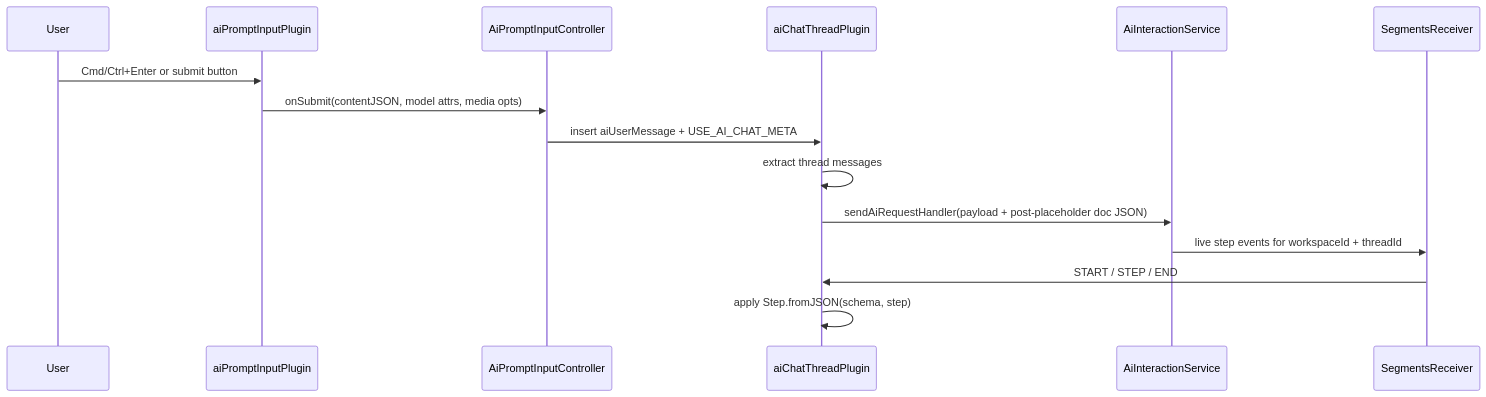
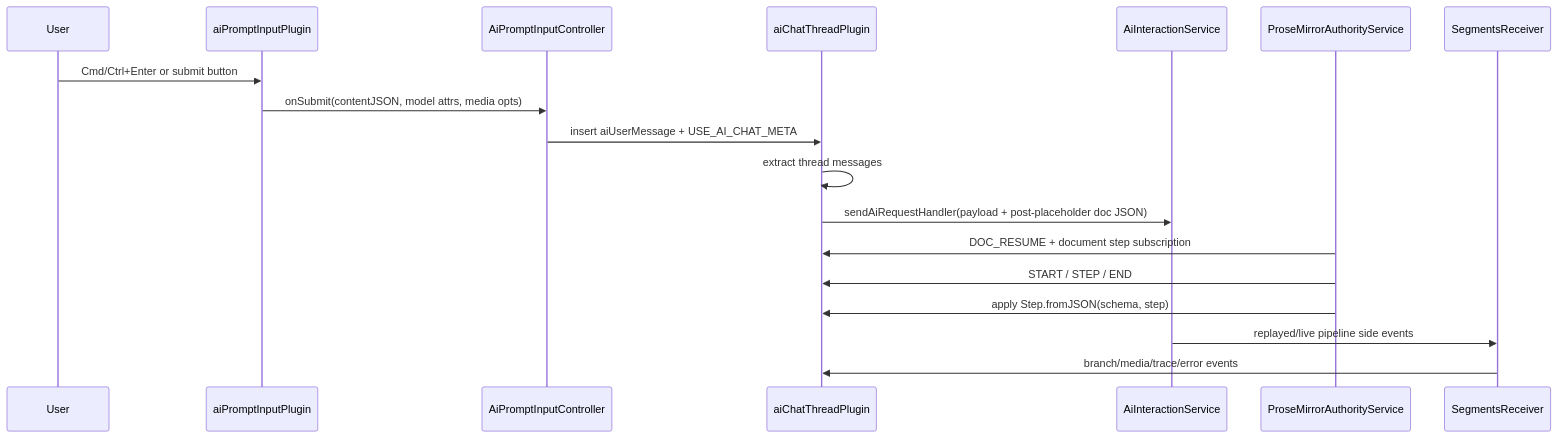
The diagram in services/web-ui/src/components/proseMirror/plugins/aiChatThreadPlugin/README.md (Lixpi/lixpi), drawn with Mermaid before and after one commit. The commit also changed other lines of this file and 61 other files, not shown here.

````diff
--- a/services/web-ui/src/components/proseMirror/plugins/aiChatThreadPlugin/README.md
+++ b/services/web-ui/src/components/proseMirror/plugins/aiChatThreadPlugin/README.md
@@ -47,18 +48,21 @@
 ```mermaid
 sequenceDiagram
     participant User
     participant Prompt as aiPromptInputPlugin
     participant Controller as AiPromptInputController
     participant Thread as aiChatThreadPlugin
     participant Service as AiInteractionService
+    participant Authority as ProseMirrorAuthorityService
     participant Receiver as SegmentsReceiver
 
     User->>Prompt: Cmd/Ctrl+Enter or submit button
     Prompt->>Controller: onSubmit(contentJSON, model attrs, media opts)
     Controller->>Thread: insert aiUserMessage + USE_AI_CHAT_META
     Thread->>Thread: extract thread messages
     Thread->>Service: sendAiRequestHandler(payload + post-placeholder doc JSON)
-    Service->>Receiver: live step events for workspaceId + threadId
-    Receiver->>Thread: START / STEP / END
-    Thread->>Thread: apply Step.fromJSON(schema, step)
+    Authority->>Thread: DOC_RESUME + document step subscription
+    Authority->>Thread: START / STEP / END
+    Authority->>Thread: apply Step.fromJSON(schema, step)
+    Service->>Receiver: replayed/live pipeline side events
+    Receiver->>Thread: branch/media/trace/error events
 ```
````
